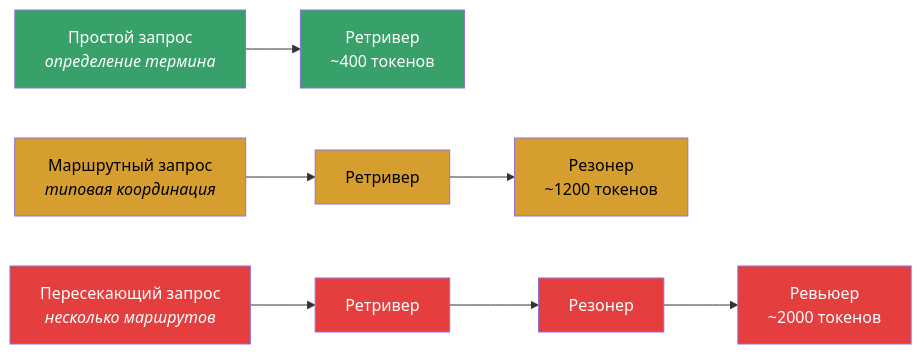
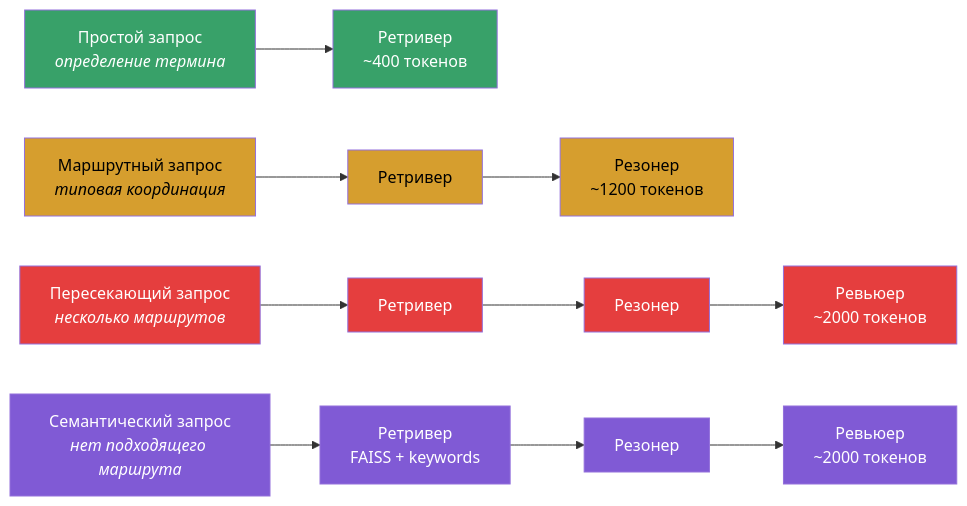
Before and after one commit to pokrovskiyv/FPF-agent: the third of 4 diagrams in Readme.md, drawn with Mermaid. The commit also changed other lines of this file, not shown here.

Commit message:
docs: update README for three-tier routing architecture (10 routes + semantic fallback)

````diff
--- a/Readme.md
+++ b/Readme.md
@@ -117,18 +142,24 @@
 ```mermaid
 graph LR
     S["Простой запрос<br/><i>определение термина</i>"] --> S1["Ретривер<br/>~400 токенов"]
 
     M["Маршрутный запрос<br/><i>типовая координация</i>"] --> M1["Ретривер"] --> M2["Резонер<br/>~1200 токенов"]
 
     X["Пересекающий запрос<br/><i>несколько маршрутов</i>"] --> X1["Ретривер"] --> X2["Резонер"] --> X3["Ревьюер<br/>~2000 токенов"]
+
+    SQ["Семантический запрос<br/><i>нет подходящего маршрута</i>"] --> SQ1["Ретривер<br/>FAISS + keywords"] --> SQ2["Резонер"] --> SQ3["Ревьюер<br/>~2000 токенов"]
 
     style S fill:#38a169,color:#fff
     style S1 fill:#38a169,color:#fff
     style M fill:#d69e2e,color:#000
     style M1 fill:#d69e2e,color:#000
     style M2 fill:#d69e2e,color:#000
     style X fill:#e53e3e,color:#fff
     style X1 fill:#e53e3e,color:#fff
     style X2 fill:#e53e3e,color:#fff
     style X3 fill:#e53e3e,color:#fff
+    style SQ fill:#805ad5,color:#fff
+    style SQ1 fill:#805ad5,color:#fff
+    style SQ2 fill:#805ad5,color:#fff
+    style SQ3 fill:#805ad5,color:#fff
 ```
````
